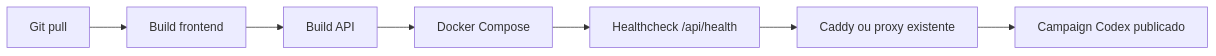
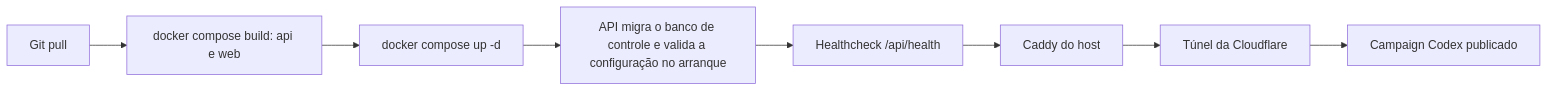
Diagram 15 of 15 in docs/flows.md (ricardopiloto/interactive-map), drawn with Mermaid before and after one commit. The commit also changed other lines of this file and 19 other files, not shown here.

````diff
--- a/docs/flows.md
+++ b/docs/flows.md
@@ -80,9 +243,10 @@
 ```mermaid
 flowchart LR
-  A[Git pull] --> B[Build frontend]
-  B --> C[Build API]
-  C --> D[Docker Compose]
+  A[Git pull] --> B[docker compose build: api e web]
+  B --> C[docker compose up -d]
+  C --> D[API migra o banco de controle e valida a configuração no arranque]
   D --> E[Healthcheck /api/health]
-  E --> F[Caddy ou proxy existente]
-  F --> G[Campaign Codex publicado]
+  E --> F[Caddy do host]
+  F --> G[Túnel da Cloudflare]
+  G --> H[Campaign Codex publicado]
 ```
````
